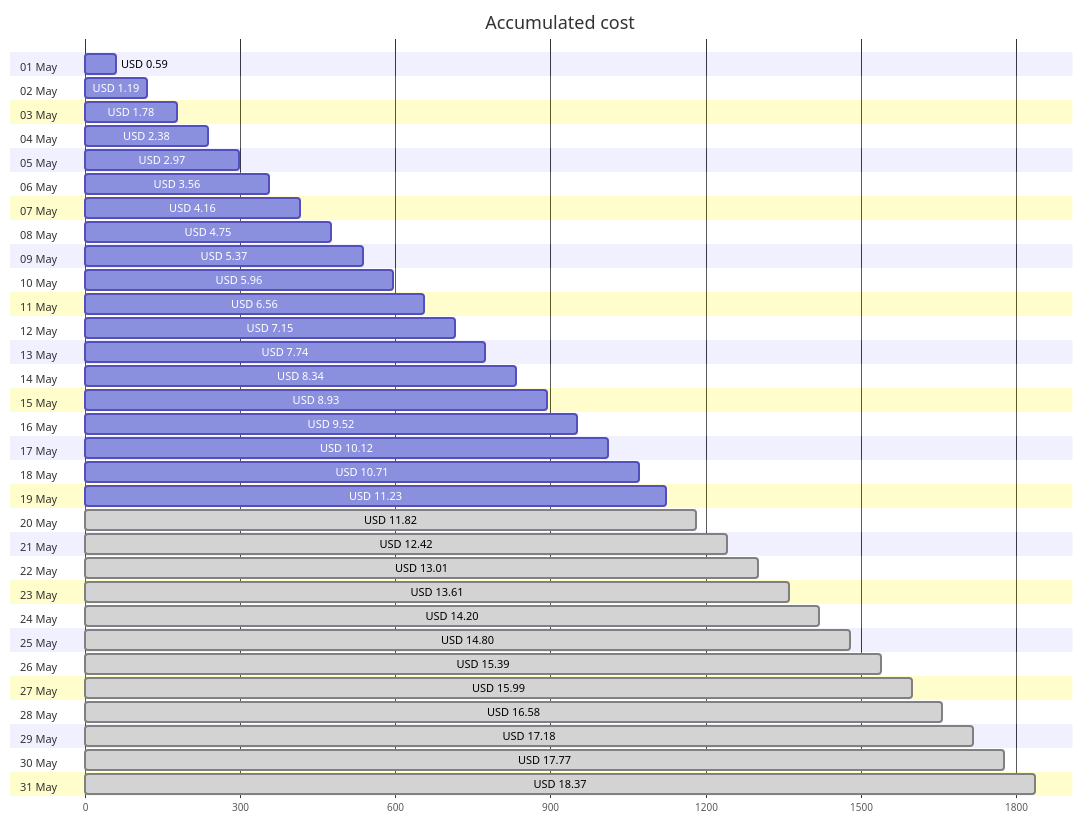
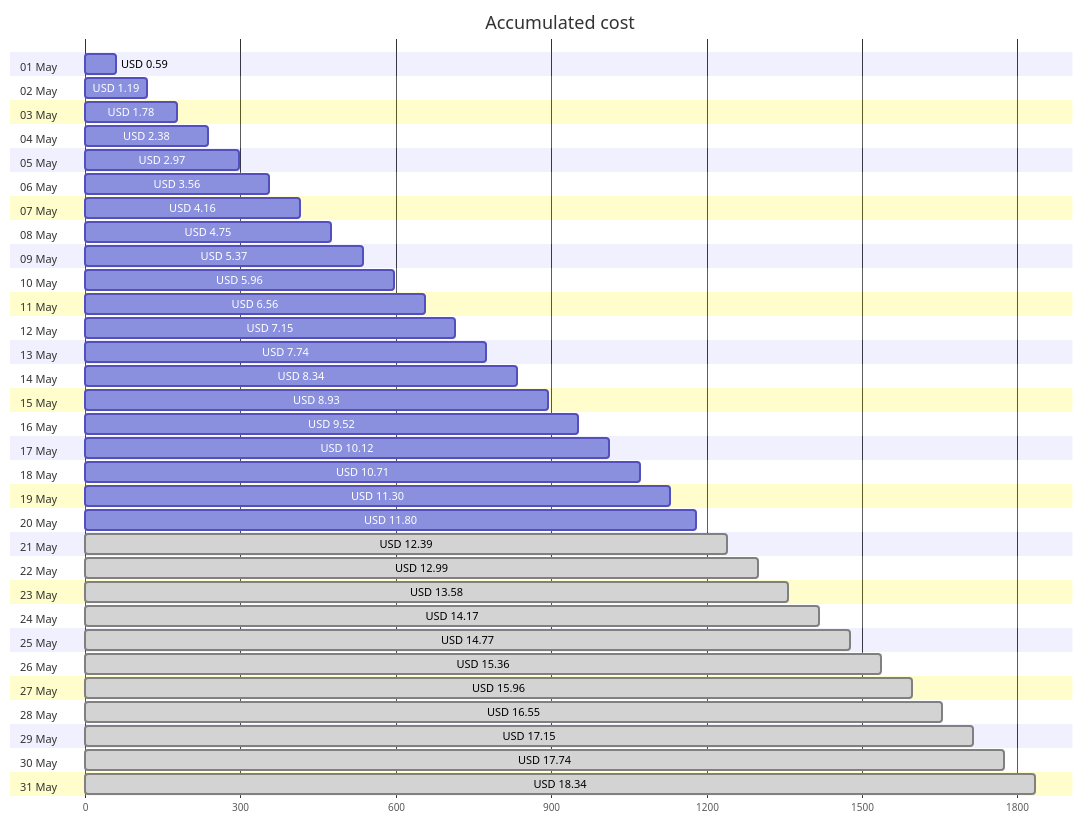
One commit to jpfulton/azure-personal-reports changed the first of 4 diagrams in cost-reports/personal-site/README.md. Above: the diagram before and after it, drawn with Mermaid. The commit also changed other lines of this file and 6 other files, not shown here.

````diff
--- a/cost-reports/personal-site/README.md
+++ b/cost-reports/personal-site/README.md
@@ -20,68 +20,68 @@
 ```mermaid
 gantt
    title Accumulated cost
    dateFormat  X
    axisFormat %s
    section 01 May
    USD 0.59 :0, 59
    section 02 May
    USD 1.19 :0, 119
    section 03 May
    USD 1.78 :0, 178
    section 04 May
    USD 2.38 :0, 238
    section 05 May
    USD 2.97 :0, 297
    section 06 May
    USD 3.56 :0, 356
    section 07 May
    USD 4.16 :0, 416
    section 08 May
    USD 4.75 :0, 475
    section 09 May
    USD 5.37 :0, 537
    section 10 May
    USD 5.96 :0, 596
    section 11 May
    USD 6.56 :0, 656
    section 12 May
    USD 7.15 :0, 715
    section 13 May
    USD 7.74 :0, 774
    section 14 May
    USD 8.34 :0, 834
    section 15 May
    USD 8.93 :0, 893
    section 16 May
    USD 9.52 :0, 952
    section 17 May
    USD 10.12 :0, 1012
    section 18 May
    USD 10.71 :0, 1071
    section 19 May
-   USD 11.23 :0, 1123
+   USD 11.30 :0, 1130
    section 20 May
-   USD 11.82 : done, 0, 1182
+   USD 11.80 :0, 1180
    section 21 May
-   USD 12.42 : done, 0, 1242
+   USD 12.39 : done, 0, 1239
    section 22 May
-   USD 13.01 : done, 0, 1301
+   USD 12.99 : done, 0, 1299
    section 23 May
-   USD 13.61 : done, 0, 1361
+   USD 13.58 : done, 0, 1358
    section 24 May
-   USD 14.20 : done, 0, 1420
+   USD 14.17 : done, 0, 1417
    section 25 May
-   USD 14.80 : done, 0, 1480
+   USD 14.77 : done, 0, 1477
    section 26 May
-   USD 15.39 : done, 0, 1539
+   USD 15.36 : done, 0, 1536
    section 27 May
-   USD 15.99 : done, 0, 1599
+   USD 15.96 : done, 0, 1596
    section 28 May
-   USD 16.58 : done, 0, 1658
+   USD 16.55 : done, 0, 1655
    section 29 May
-   USD 17.18 : done, 0, 1718
+   USD 17.15 : done, 0, 1715
    section 30 May
-   USD 17.77 : done, 0, 1777
+   USD 17.74 : done, 0, 1774
    section 31 May
-   USD 18.37 : done, 0, 1837
+   USD 18.34 : done, 0, 1834
 ```
````
